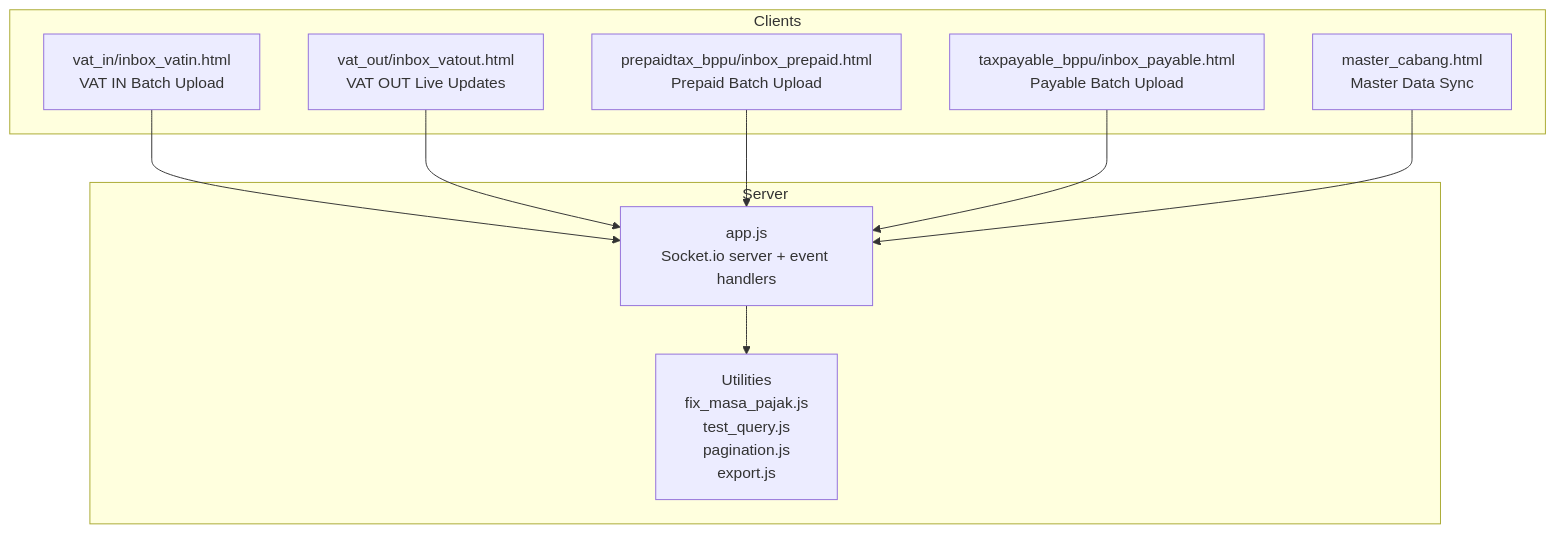
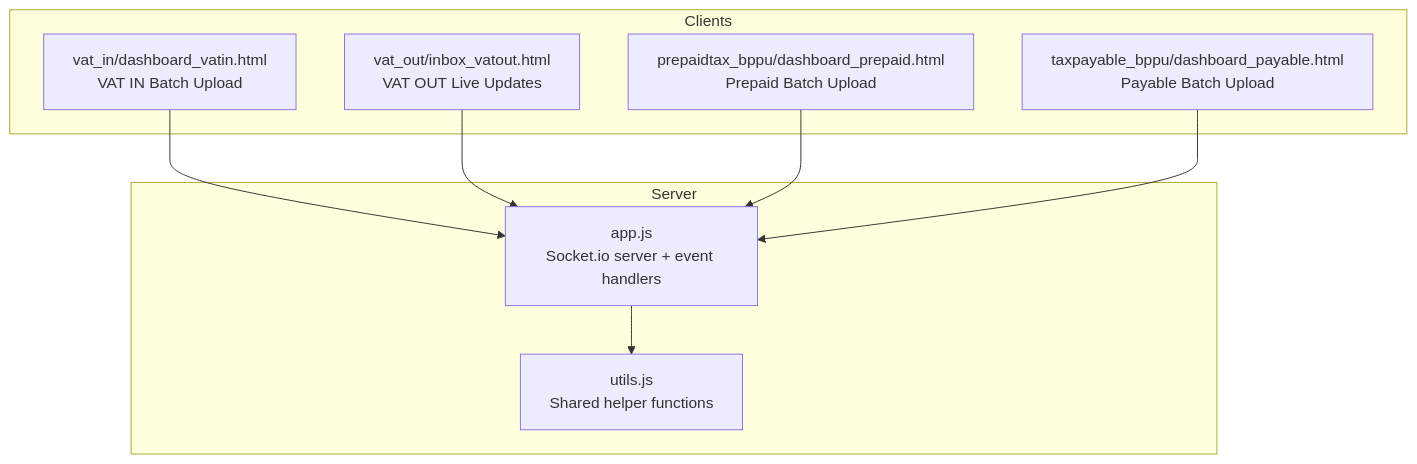
One commit to rendisiagian/TDS_by_RENDISIAGIAN changed the first of 6 diagrams in .qoder/repowiki/en/content/Advanced Features/Real-time Processing & Socket.io Integration.md. Above: the diagram before and after it, drawn with Mermaid. The commit also changed other lines of this file and 96 other files, not shown here.

````diff
--- a/.qoder/repowiki/en/content/Advanced Features/Real-time Processing & Socket.io Integration.md
+++ b/.qoder/repowiki/en/content/Advanced Features/Real-time Processing & Socket.io Integration.md
@@ -41,20 +41,18 @@
 ```mermaid
 graph TB
 subgraph "Server"
 APP["app.js<br/>Socket.io server + event handlers"]
-UTILS["Utilities<br/>fix_masa_pajak.js<br/>test_query.js<br/>pagination.js<br/>export.js"]
+UTILS["utils.js<br/>Shared helper functions"]
 end
 subgraph "Clients"
-Vatin["vat_in/inbox_vatin.html<br/>VAT IN Batch Upload"]
+Vatin["vat_in/dashboard_vatin.html<br/>VAT IN Batch Upload"]
 Vatout["vat_out/inbox_vatout.html<br/>VAT OUT Live Updates"]
-Prepaid["prepaidtax_bppu/inbox_prepaid.html<br/>Prepaid Batch Upload"]
-Payable["taxpayable_bppu/inbox_payable.html<br/>Payable Batch Upload"]
-Master["master_cabang.html<br/>Master Data Sync"]
+Prepaid["prepaidtax_bppu/dashboard_prepaid.html<br/>Prepaid Batch Upload"]
+Payable["taxpayable_bppu/dashboard_payable.html<br/>Payable Batch Upload"]
 end
 Vatin --> APP
 Vatout --> APP
 Prepaid --> APP
 Payable --> APP
-Master --> APP
 APP --> UTILS
 ```
````
